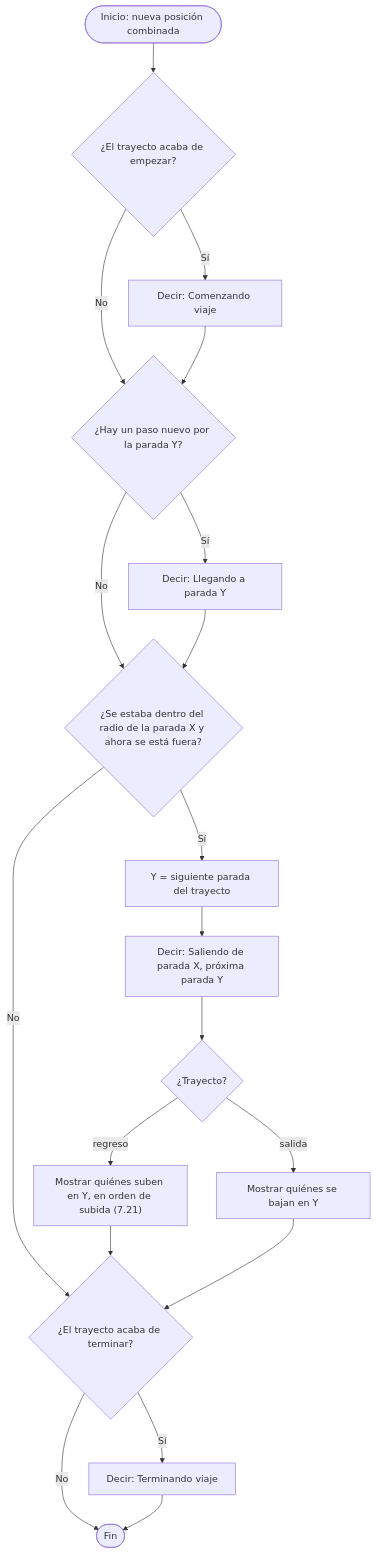
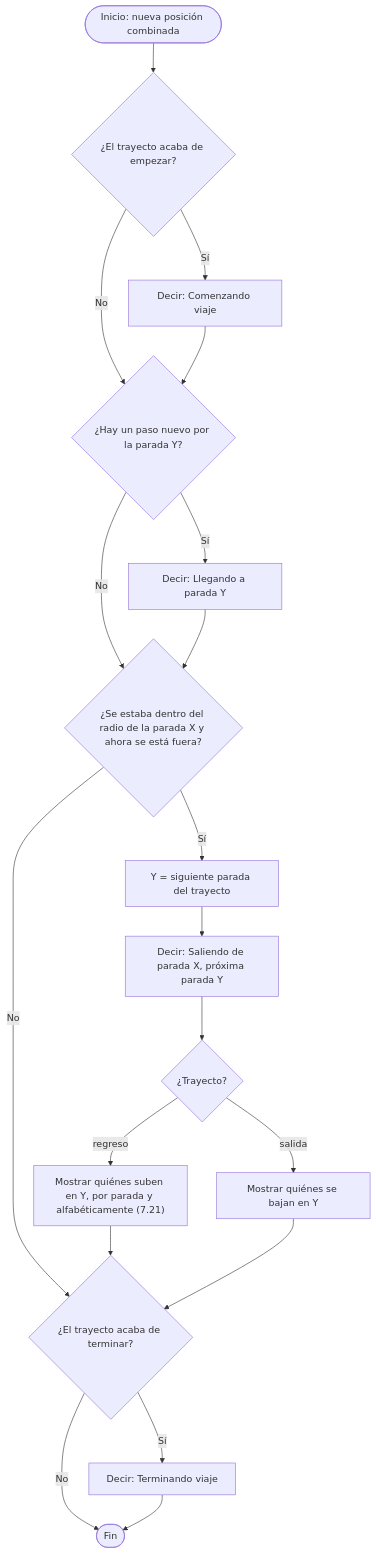
Diagram 19 of 30 in docs/07-algoritmos.md (maicolalmaralestamayo/MiRuta), drawn with Mermaid before and after one commit. The commit also changed other lines of this file and 10 other files, not shown here.

````diff
--- a/docs/07-algoritmos.md
+++ b/docs/07-algoritmos.md
@@ -518,21 +513,21 @@
 ```mermaid
 flowchart TD
     A(["Inicio: nueva posición combinada"]) --> B{"¿El trayecto acaba de empezar?"}
     B -->|Sí| C["Decir: Comenzando viaje"]
     B -->|No| D{"¿Hay un paso nuevo por la parada Y?"}
     C --> D
     D -->|Sí| E["Decir: Llegando a parada Y"]
     D -->|No| F{"¿Se estaba dentro del radio de la parada X y ahora se está fuera?"}
     E --> F
     F -->|Sí| G["Y = siguiente parada del trayecto"]
     G --> H["Decir: Saliendo de parada X, próxima parada Y"]
     H --> I{"¿Trayecto?"}
-    I -->|regreso| J["Mostrar quiénes suben en Y, en orden de subida (7.21)"]
+    I -->|regreso| J["Mostrar quiénes suben en Y, por parada y alfabéticamente (7.21)"]
     I -->|salida| K["Mostrar quiénes se bajan en Y"]
     F -->|No| L
     J --> L{"¿El trayecto acaba de terminar?"}
     K --> L
     L -->|Sí| M["Decir: Terminando viaje"]
     L -->|No| Z(["Fin"])
     M --> Z
 ```
````
